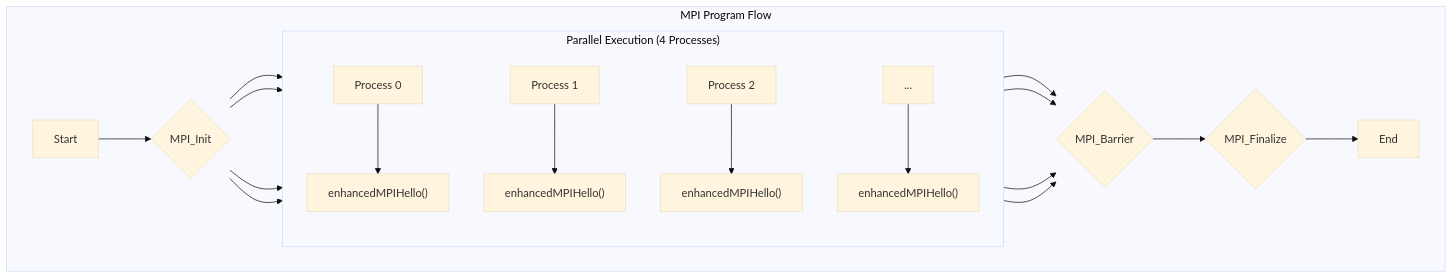
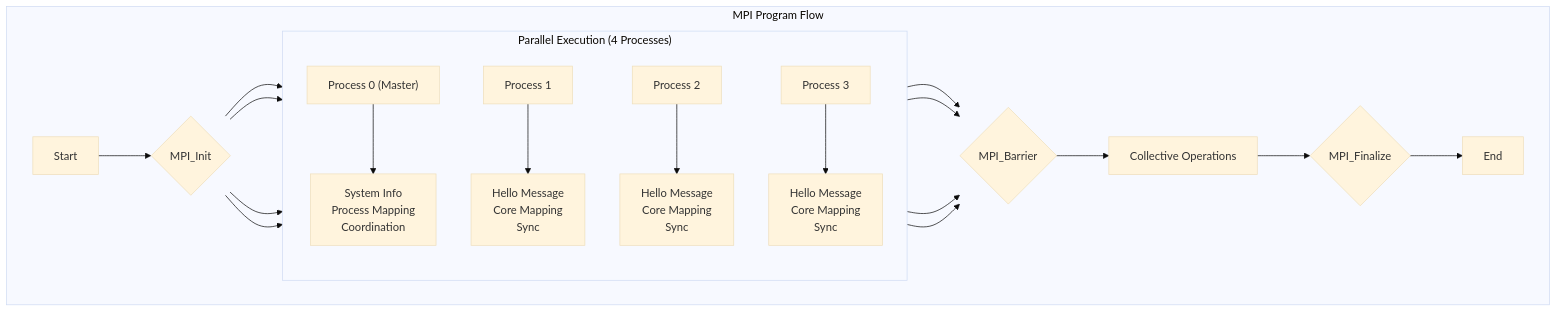
One commit to matthewloh/6004cem changed the first of 8 diagrams in 6004CEM_FINAL_SUBMISSION/TASK2B_DISTRIBUTED_PORTFOLIO/DOCUMENTATION/SCREENSHOTS_AND_DIAGRAMS.md. Above: the diagram before and after it, drawn with Mermaid (base theme). The commit also changed other lines of this file and 1 other file, not shown here.

````diff
--- a/6004CEM_FINAL_SUBMISSION/TASK2B_DISTRIBUTED_PORTFOLIO/DOCUMENTATION/SCREENSHOTS_AND_DIAGRAMS.md
+++ b/6004CEM_FINAL_SUBMISSION/TASK2B_DISTRIBUTED_PORTFOLIO/DOCUMENTATION/SCREENSHOTS_AND_DIAGRAMS.md
@@ -23,33 +15,34 @@
 ```mermaid
 graph TD
     subgraph "MPI Program Flow"
         direction LR
         A[Start] --> B{MPI_Init};
         
         subgraph "Parallel Execution (4 Processes)"
             direction TB
-            P0["Process 0"]
+            P0["Process 0 (Master)"]
             P1["Process 1"]
             P2["Process 2"]
-            P3["..."]
+            P3["Process 3"]
             
-            P0 --> P0_Work["enhancedMPIHello()"];
-            P1 --> P1_Work["enhancedMPIHello()"];
-            P2 --> P2_Work["enhancedMPIHello()"];
-            P3 --> P3_Work["enhancedMPIHello()"];
+            P0 --> P0_Work["System Info<br/>Process Mapping<br/>Coordination"];
+            P1 --> P1_Work["Hello Message<br/>Core Mapping<br/>Sync"];
+            P2 --> P2_Work["Hello Message<br/>Core Mapping<br/>Sync"];
+            P3 --> P3_Work["Hello Message<br/>Core Mapping<br/>Sync"];
         end
         
         B --> P0;
         B --> P1;
         B --> P2;
         B --> P3;
 
         P0_Work --> C{MPI_Barrier};
         P1_Work --> C;
         P2_Work --> C;
         P3_Work --> C;
 
-        C --> D{MPI_Finalize};
-        D --> E[End];
+        C --> D[Collective Operations];
+        D --> E{MPI_Finalize};
+        E --> F[End];
     end
 ```
````
